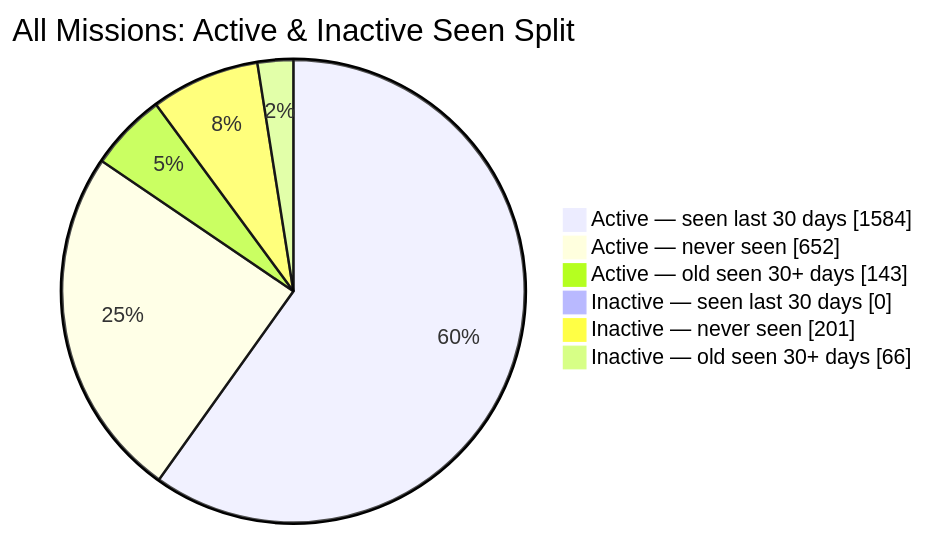
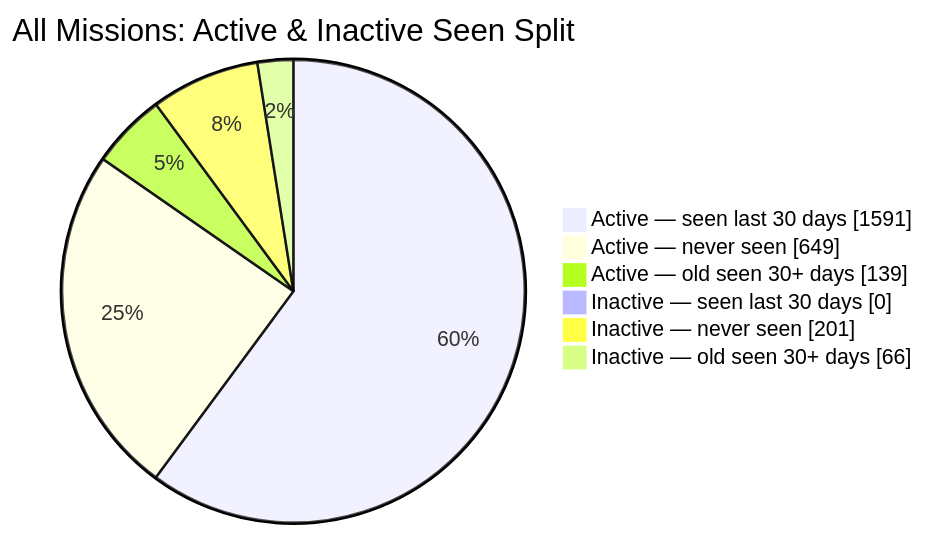
The second of 2 diagrams in README.md (MeldkamerspelGameTeam/active-missions), drawn with Mermaid before and after one commit. The commit also changed other lines of this file and 10 other files, not shown here.

````diff
--- a/README.md
+++ b/README.md
@@ -44,10 +44,10 @@
 ```mermaid
 pie showData
     title All Missions: Active & Inactive Seen Split
-    "Active — seen last 30 days" : 1584
-    "Active — never seen" : 652
-    "Active — old seen 30+ days" : 143
+    "Active — seen last 30 days" : 1591
+    "Active — never seen" : 649
+    "Active — old seen 30+ days" : 139
     "Inactive — seen last 30 days" : 0
     "Inactive — never seen" : 201
     "Inactive — old seen 30+ days" : 66
 ```
````
